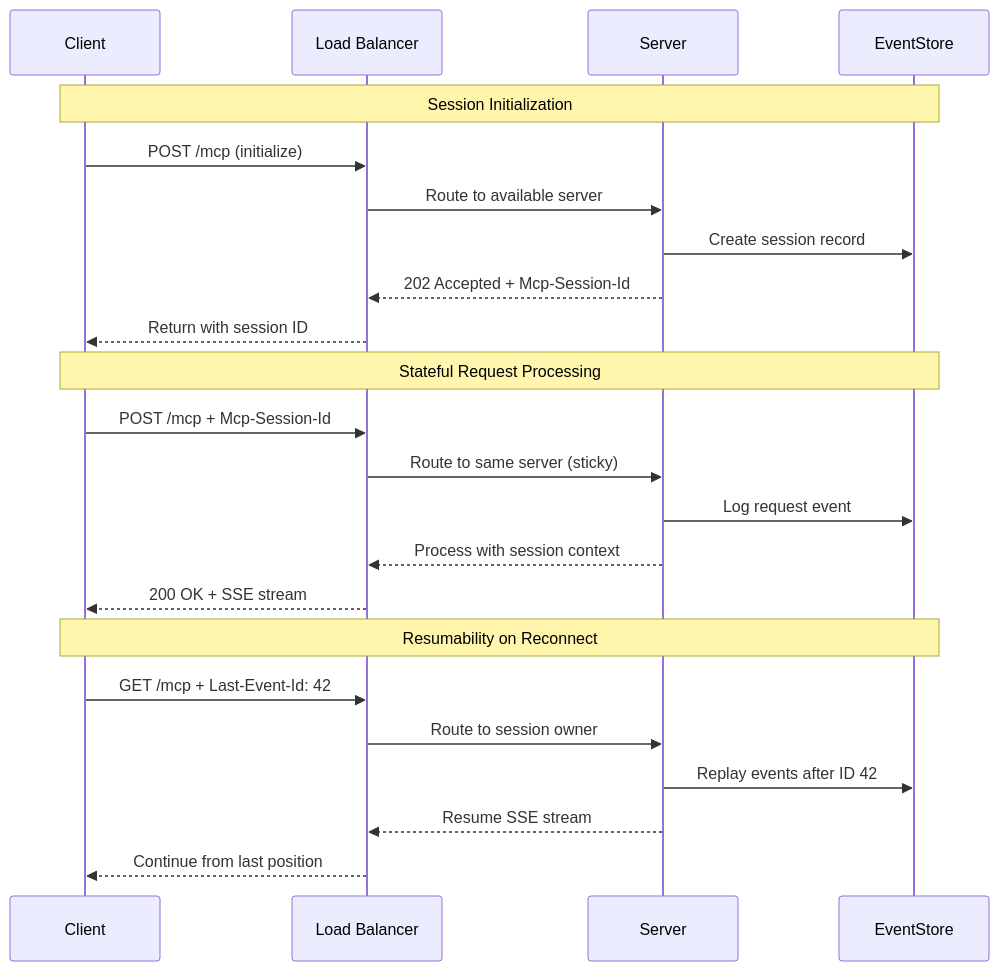
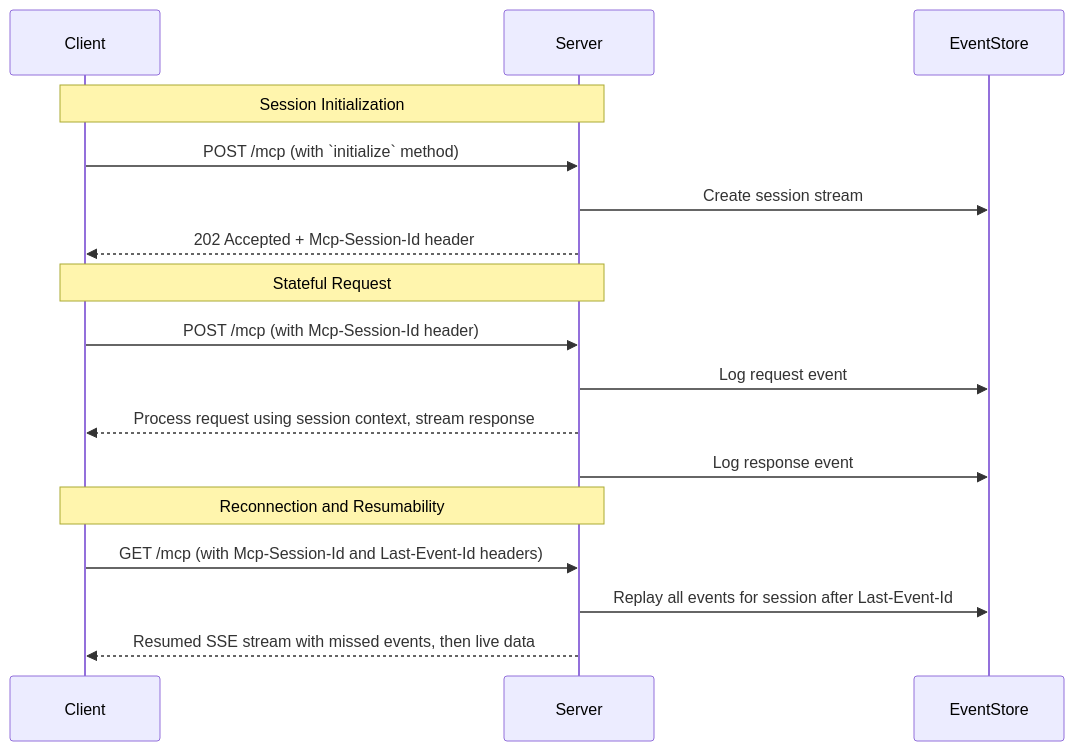
The diagram in README.md (yigitkonur/example-mcp-server-streamable-http), drawn with Mermaid before and after one commit. The commit also changed other lines of this file, not shown here.

````diff
--- a/README.md
+++ b/README.md
@@ -42,28 +42,22 @@
 ```mermaid
 sequenceDiagram
     participant Client
-    participant Load Balancer
     participant Server
     participant EventStore
-    
-    Note over Client,EventStore: Session Initialization
-    Client->>Load Balancer: POST /mcp (initialize)
-    Load Balancer->>Server: Route to available server
-    Server->>EventStore: Create session record
-    Server-->>Load Balancer: 202 Accepted + Mcp-Session-Id
-    Load Balancer-->>Client: Return with session ID
-    
-    Note over Client,EventStore: Stateful Request Processing
-    Client->>Load Balancer: POST /mcp + Mcp-Session-Id
-    Load Balancer->>Server: Route to same server (sticky)
+
+    Note over Client,Server: Session Initialization
+    Client->>Server: POST /mcp (with `initialize` method)
+    Server->>EventStore: Create session stream
+    Server-->>Client: 202 Accepted + Mcp-Session-Id header
+
+    Note over Client,Server: Stateful Request
+    Client->>Server: POST /mcp (with Mcp-Session-Id header)
     Server->>EventStore: Log request event
-    Server-->>Load Balancer: Process with session context
-    Load Balancer-->>Client: 200 OK + SSE stream
-    
-    Note over Client,EventStore: Resumability on Reconnect
-    Client->>Load Balancer: GET /mcp + Last-Event-Id: 42
-    Load Balancer->>Server: Route to session owner
-    Server->>EventStore: Replay events after ID 42
-    Server-->>Load Balancer: Resume SSE stream
-    Load Balancer-->>Client: Continue from last position
+    Server-->>Client: Process request using session context, stream response
+    Server->>EventStore: Log response event
+
+    Note over Client,Server: Reconnection and Resumability
+    Client->>Server: GET /mcp (with Mcp-Session-Id and Last-Event-Id headers)
+    Server->>EventStore: Replay all events for session after Last-Event-Id
+    Server-->>Client: Resumed SSE stream with missed events, then live data
 ```
````
